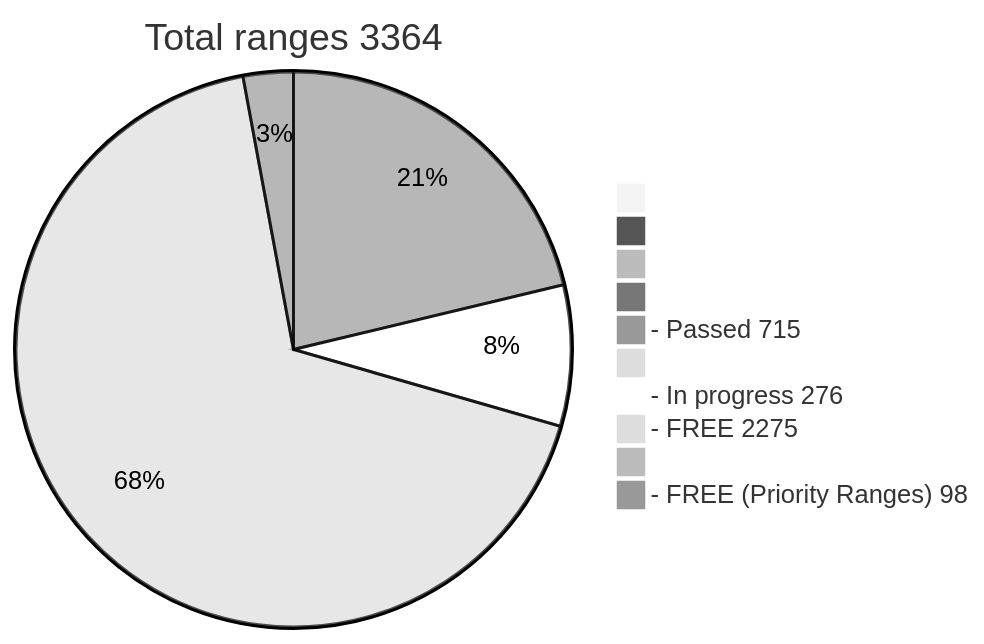
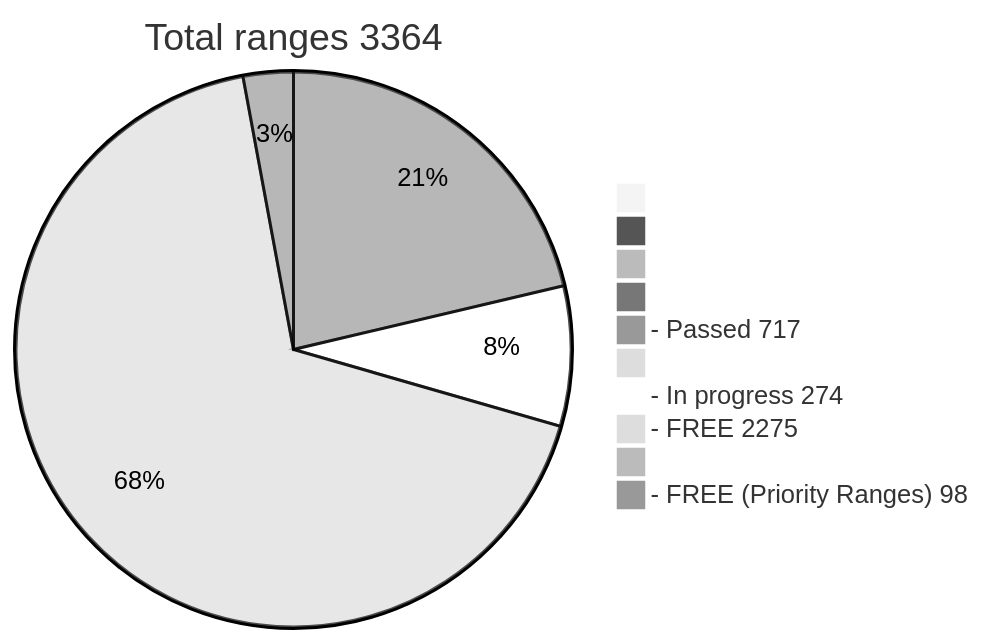
One commit to phrutis/wif500 changed the diagram in README.md. Above: the diagram before and after it, drawn with Mermaid (neutral theme).

````diff
--- a/README.md
+++ b/README.md
@@ -16,13 +16,13 @@
 ```mermaid
 pie title Total ranges 3364
              " " : 0
             "  " : 0
            "   " : 0
           "    " : 0
-  "- Passed 715" : 715
+  "- Passed 717" : 717
          "     " : 0
-  "- In progress 276" : 276
+  "- In progress 274" : 274
    "- FREE 2275" : 2275
         "      " : 0
   "- FREE (Priority Ranges) 98" : 98
 ```
````
